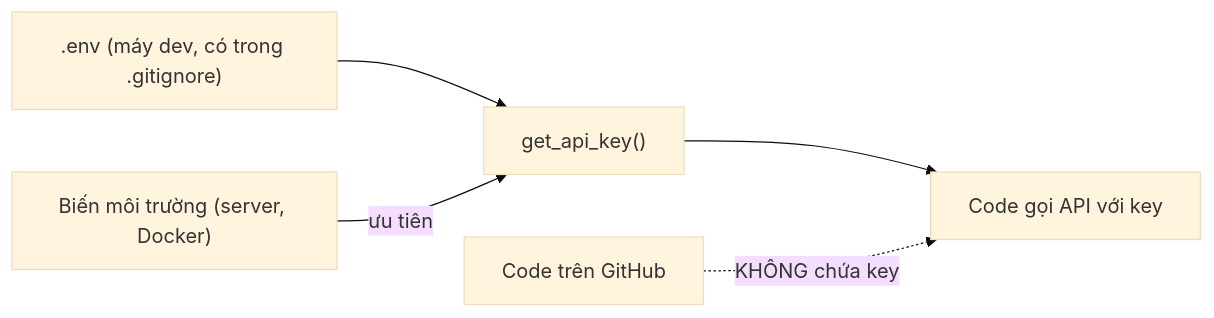
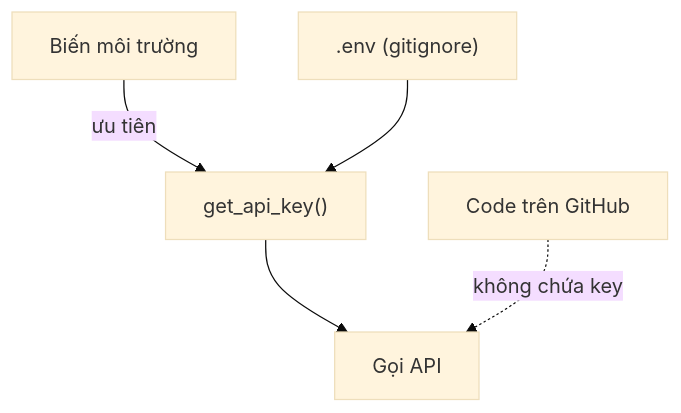
One commit to ht-nah98/ai-academy changed the first of 3 diagrams in academy/curriculum/L02-http-json-venv-env/lesson.md. Above: the diagram before and after it, drawn with Mermaid (base theme). The commit also changed other lines of this file and 54 other files, not shown here.

````diff
--- a/academy/curriculum/L02-http-json-venv-env/lesson.md
+++ b/academy/curriculum/L02-http-json-venv-env/lesson.md
@@ -56,7 +56,7 @@
 ```mermaid
-flowchart LR
-    A[".env (máy dev, có trong .gitignore)"] --> C["get_api_key()"]
-    B["Biến môi trường (server, Docker)"] -->|"ưu tiên"| C
-    C --> D["Code gọi API với key"]
-    E["Code trên GitHub"] -.->|"KHÔNG chứa key"| D
+flowchart TD
+    B["Biến môi trường"] -->|"ưu tiên"| C["get_api_key()"]
+    A[".env (gitignore)"] --> C
+    C --> D["Gọi API"]
+    E["Code trên GitHub"] -.->|"không chứa key"| D
 ```
````
